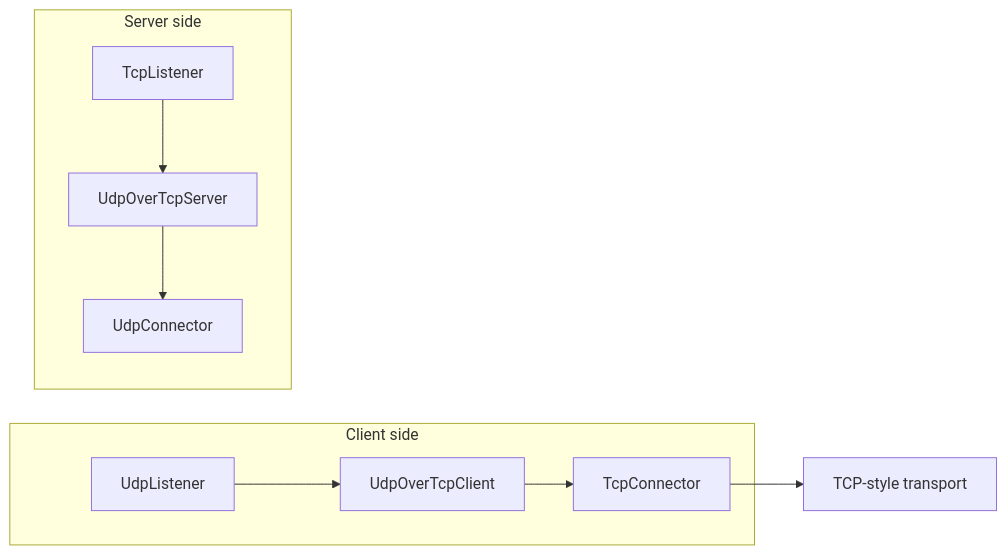
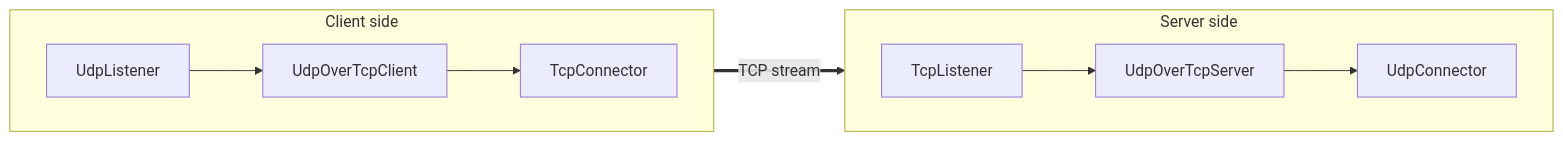
The diagram in docs/02-noderefs/UdpOverTcpClient.mdx (radkesvat/WaterWall-Docs), drawn with Mermaid before and after one commit. The commit also changed other lines of this file and 3 other files, not shown here.

Commit message:
Fix doc: `UdpOverTcp` invalid mermaid flow chart

````diff
--- a/docs/02-noderefs/UdpOverTcpClient.mdx
+++ b/docs/02-noderefs/UdpOverTcpClient.mdx
@@ -57,12 +57,14 @@
 ```mermaid
 flowchart LR
     subgraph ClientSide["Client side"]
+      direction LR
       UL[UdpListener] --> UOTC[UdpOverTcpClient] --> TC[TcpConnector]
     end
 
-    TC --> NET["TCP-style transport"]
-
     subgraph ServerSide["Server side"]
+      direction LR
       TL[TcpListener] --> UOTS[UdpOverTcpServer] --> UC[UdpConnector]
     end
+
+    TC == "TCP stream" ==> TL
 ```
````
